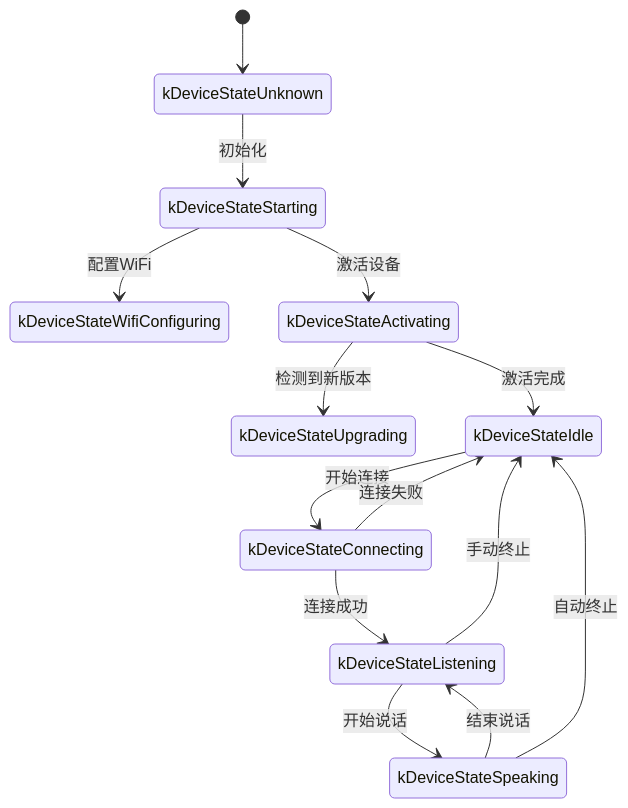
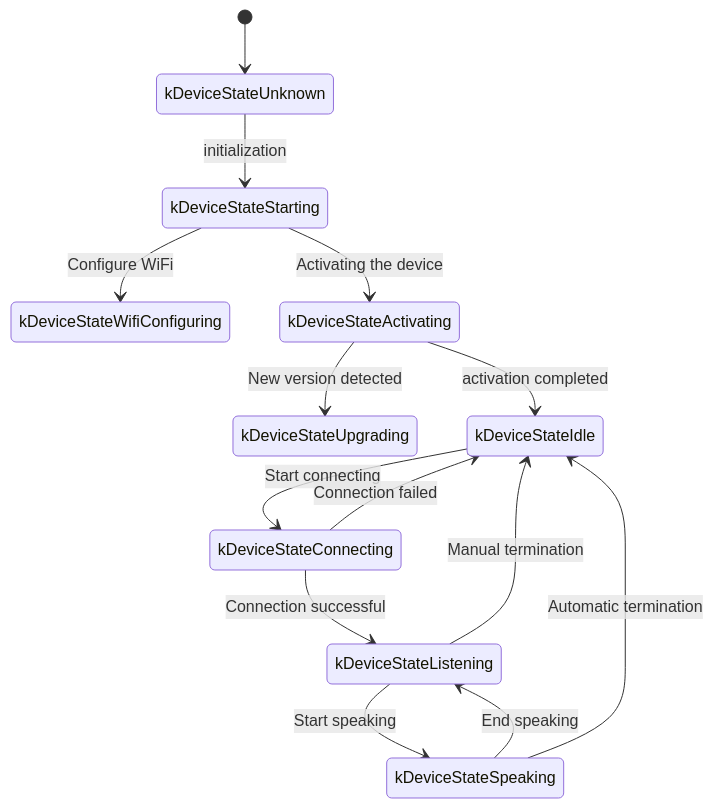
Before and after one commit to betamoojw/xiaozhi-esp32-mcp: the first of 2 diagrams in docs/websockets.md, drawn with Mermaid. The commit also changed other lines of this file, not shown here.

````diff
--- a/docs/websockets.md
+++ b/docs/websockets.md
@@ -329,17 +329,17 @@
 ```mermaid
 stateDiagram
   direction TB
   [*] --> kDeviceStateUnknown
-  kDeviceStateUnknown --> kDeviceStateStarting:初始化
-  kDeviceStateStarting --> kDeviceStateWifiConfiguring:配置WiFi
-  kDeviceStateStarting --> kDeviceStateActivating:激活设备
-  kDeviceStateActivating --> kDeviceStateUpgrading:检测到新版本
-  kDeviceStateActivating --> kDeviceStateIdle:激活完成
-  kDeviceStateIdle --> kDeviceStateConnecting:开始连接
-  kDeviceStateConnecting --> kDeviceStateIdle:连接失败
-  kDeviceStateConnecting --> kDeviceStateListening:连接成功
-  kDeviceStateListening --> kDeviceStateSpeaking:开始说话
-  kDeviceStateSpeaking --> kDeviceStateListening:结束说话
-  kDeviceStateListening --> kDeviceStateIdle:手动终止
-  kDeviceStateSpeaking --> kDeviceStateIdle:自动终止
+  kDeviceStateUnknown --> kDeviceStateStarting: initialization
+  kDeviceStateStarting --> kDeviceStateWifiConfiguring: Configure WiFi
+  kDeviceStateStarting --> kDeviceStateActivating: Activating the device
+  kDeviceStateActivating --> kDeviceStateUpgrading: New version detected
+  kDeviceStateActivating --> kDeviceStateIdle: activation completed
+  kDeviceStateIdle --> kDeviceStateConnecting: Start connecting
+  kDeviceStateConnecting --> kDeviceStateIdle: Connection failed
+  kDeviceStateConnecting --> kDeviceStateListening: Connection successful
+  kDeviceStateListening --> kDeviceStateSpeaking: Start speaking
+  kDeviceStateSpeaking --> kDeviceStateListening: End speaking
+  kDeviceStateListening --> kDeviceStateIdle: Manual termination
+  kDeviceStateSpeaking --> kDeviceStateIdle: Automatic termination
 ```
````
